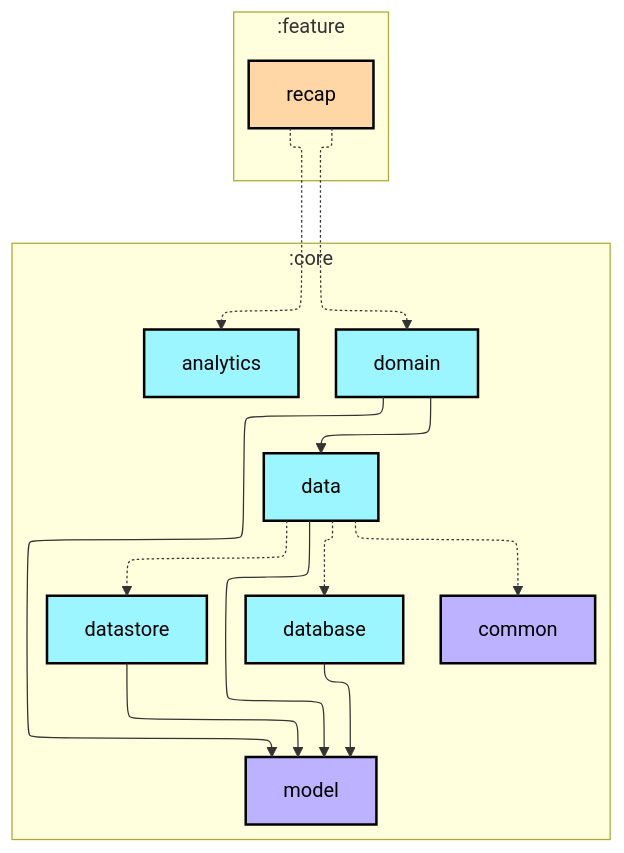
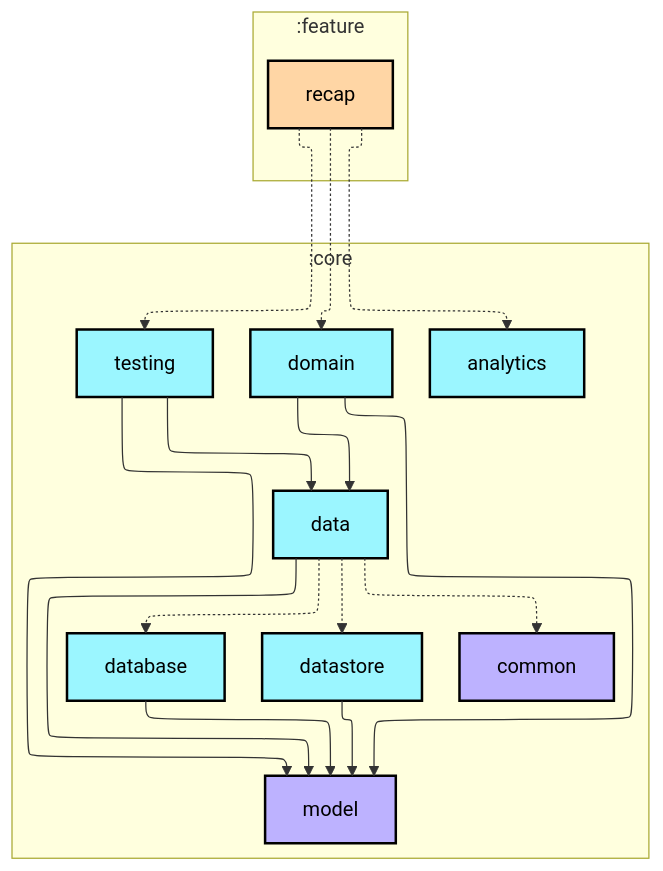
Before and after one commit to Sunior-k/walklog: the first of 2 diagrams in feature/recap/README.md, drawn with Mermaid. The commit also changed other lines of this file and 46 other files, not shown here.

````diff
--- a/feature/recap/README.md
+++ b/feature/recap/README.md
@@ -8,41 +8,45 @@
 ```mermaid
 ---
 config:
   layout: elk
   elk:
     nodePlacementStrategy: SIMPLE
 ---
 graph TB
   subgraph :feature
     direction TB
     :feature:recap[recap]:::android-feature
   end
 
   subgraph :core
     direction TB
     :core:domain[domain]:::android-library
     :core:data[data]:::android-library
     :core:database[database]:::android-library
     :core:datastore[datastore]:::android-library
     :core:common[common]:::jvm-library
     :core:model[model]:::jvm-library
     :core:analytics[analytics]:::android-library
+    :core:testing[testing]:::android-library
   end
 
   :feature:recap -.-> :core:domain
   :feature:recap -.-> :core:analytics
+  :feature:recap -.-> :core:testing
   :core:domain --> :core:data
   :core:domain --> :core:model
   :core:data --> :core:model
   :core:data -.-> :core:database
   :core:data -.-> :core:datastore
   :core:data -.-> :core:common
   :core:database --> :core:model
   :core:datastore --> :core:model
+  :core:testing --> :core:data
+  :core:testing --> :core:model
 
 classDef android-application fill:#CAFFBF,stroke:#000,stroke-width:2px,color:#000;
 classDef android-feature fill:#FFD6A5,stroke:#000,stroke-width:2px,color:#000;
 classDef android-library fill:#9BF6FF,stroke:#000,stroke-width:2px,color:#000;
 classDef android-test fill:#A0C4FF,stroke:#000,stroke-width:2px,color:#000;
 classDef jvm-library fill:#BDB2FF,stroke:#000,stroke-width:2px,color:#000;
 ```
````
